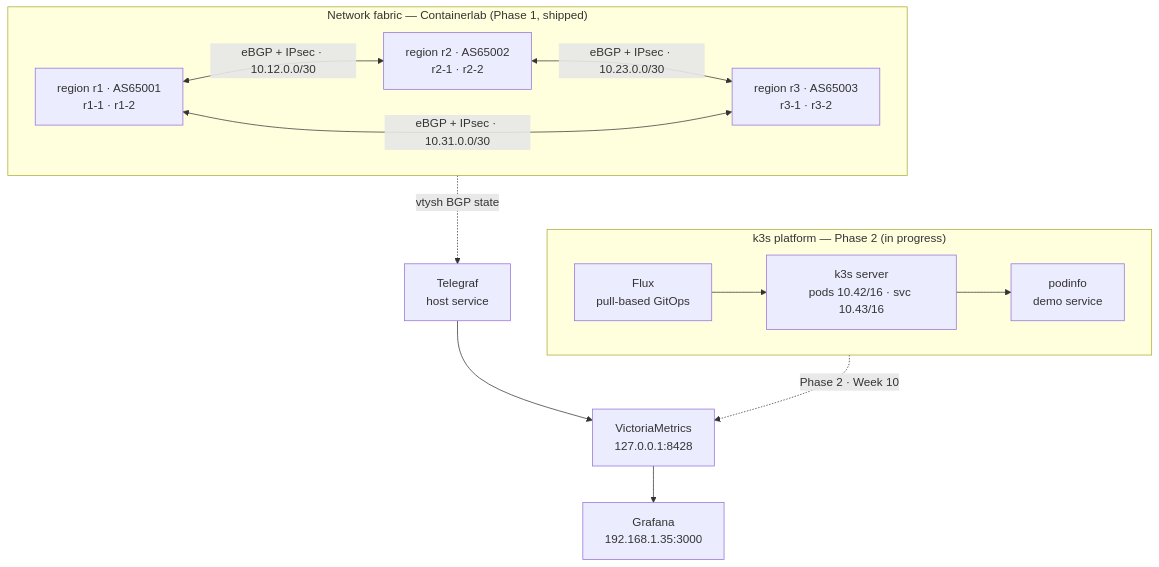
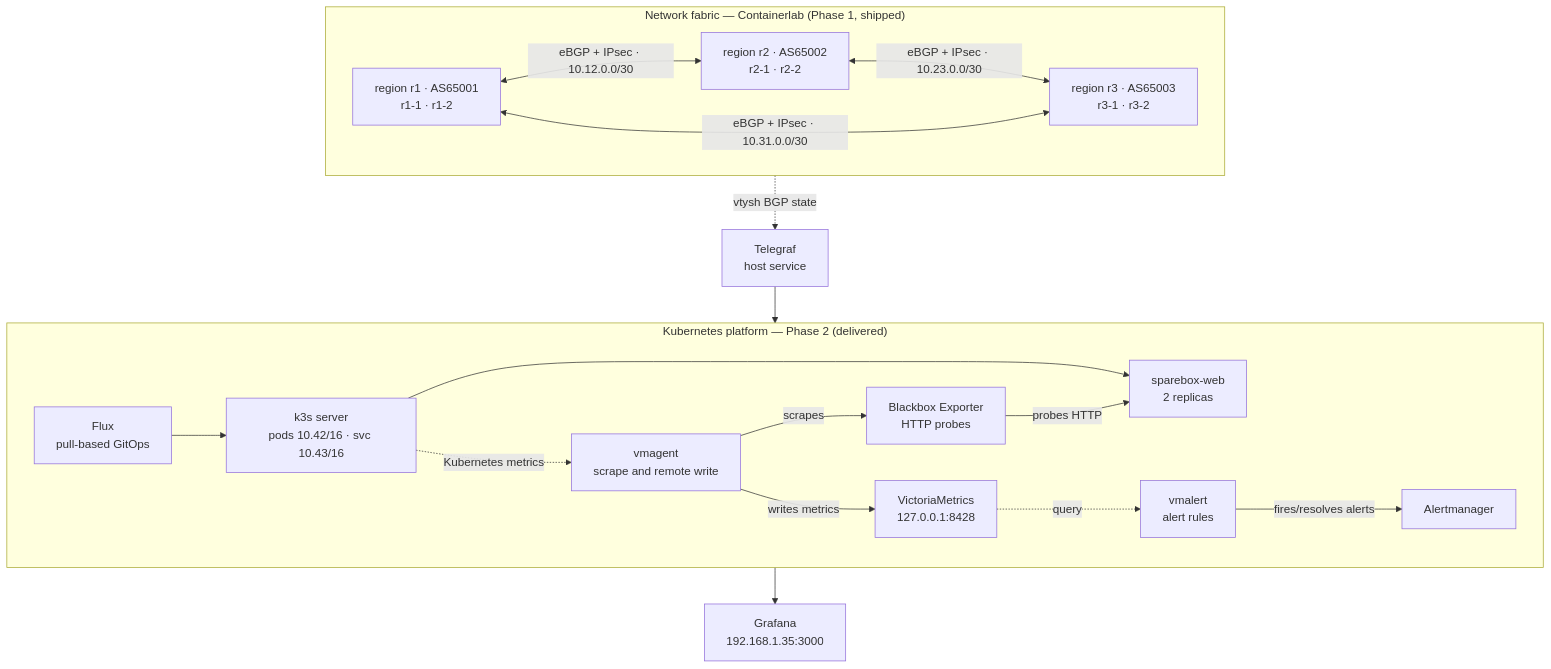
One commit to Haschwalth00B/sparebox changed the diagram in README.md. Above: the diagram before and after it, drawn with Mermaid. The commit also changed other lines of this file and 1 other file, not shown here.

Commit message:
docs: close out Phase 2 platform and chaos validation

````diff
--- a/README.md
+++ b/README.md
@@ -15,30 +15,39 @@
 ```mermaid
 flowchart TB
     subgraph fabric["Network fabric — Containerlab (Phase 1, shipped)"]
         direction LR
         R1["region r1 · AS65001<br/>r1-1 · r1-2"]
         R2["region r2 · AS65002<br/>r2-1 · r2-2"]
         R3["region r3 · AS65003<br/>r3-1 · r3-2"]
         R1 <-->|"eBGP + IPsec · 10.12.0.0/30"| R2
         R2 <-->|"eBGP + IPsec · 10.23.0.0/30"| R3
         R3 <-->|"eBGP + IPsec · 10.31.0.0/30"| R1
     end
 
-    subgraph platform["k3s platform — Phase 2 (in progress)"]
+    subgraph platform["Kubernetes platform — Phase 2 (delivered)"]
         direction LR
         FLUX["Flux<br/>pull-based GitOps"]
         K3S["k3s server<br/>pods 10.42/16 · svc 10.43/16"]
-        APP["podinfo<br/>demo service"]
+        APP["sparebox-web<br/>2 replicas"]
+        PROBE["Blackbox Exporter<br/>HTTP probes"]
+        AGENT["vmagent<br/>scrape and remote write"]
+        VMA["vmalert<br/>alert rules"]
+        ALERT["Alertmanager"]
         FLUX --> K3S
         K3S --> APP
+        PROBE -->|"probes HTTP"| APP
+        AGENT -->|"scrapes"| PROBE
+        AGENT -->|"writes metrics"| VM
+        VM -.->|"query"| VMA
+        VMA -->|"fires/resolves alerts"| ALERT
     end
 
     TELE["Telegraf<br/>host service"]
     VM["VictoriaMetrics<br/>127.0.0.1:8428"]
     GRAF["Grafana<br/>192.168.1.35:3000"]
 
     R1 -.->|"vtysh BGP state"| TELE
     TELE --> VM
-    K3S -.->|"Phase 2 · Week 10"| VM
+    K3S -.->|"Kubernetes metrics"| AGENT
     VM --> GRAF
 ```
````
